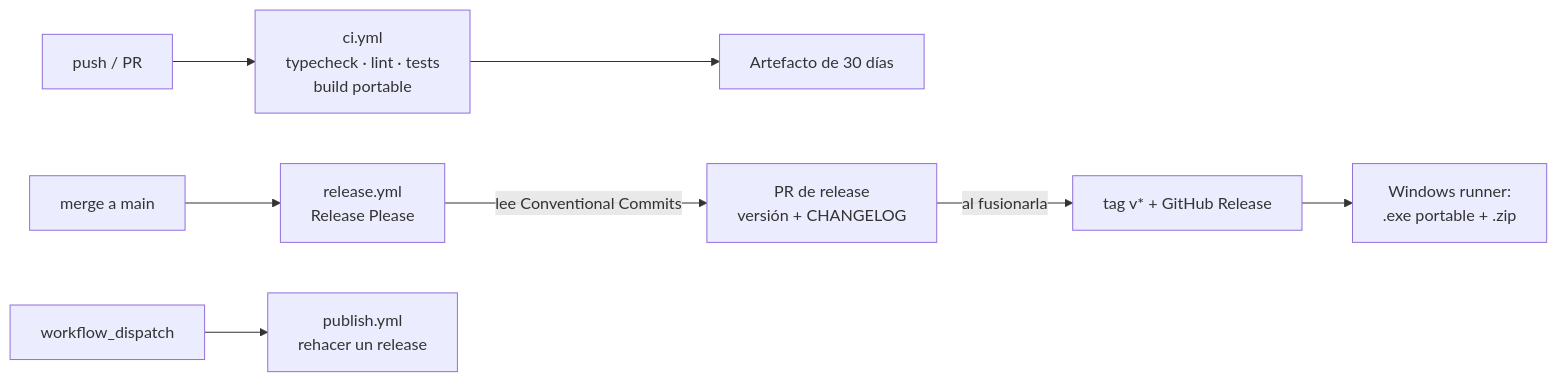
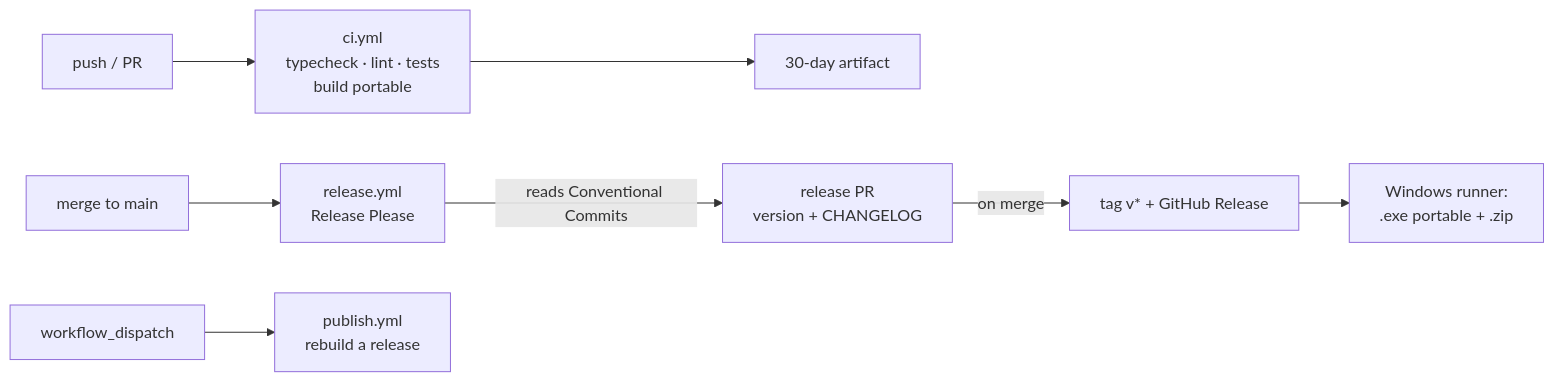
Before and after one commit to cflarios/Tayori: the seventh of 7 diagrams in ARCHITECTURE.md, drawn with Mermaid. The commit also changed other lines of this file and 2 other files, not shown here.

First line of the commit message:
docs: translate ARCHITECTURE.md to English

````diff
--- a/ARCHITECTURE.md
+++ b/ARCHITECTURE.md
@@ -412,12 +415,12 @@
 ```mermaid
 flowchart LR
     PUSH["push / PR"] --> CI["ci.yml<br/>typecheck · lint · tests<br/>build portable"]
-    CI --> ART["Artefacto de 30 días"]
+    CI --> ART["30-day artifact"]
 
-    MAIN["merge a main"] --> RP["release.yml<br/>Release Please"]
-    RP -- "lee Conventional Commits" --> PR["PR de release<br/>versión + CHANGELOG"]
-    PR -- "al fusionarla" --> TAG["tag v* + GitHub Release"]
+    MAIN["merge to main"] --> RP["release.yml<br/>Release Please"]
+    RP -- "reads Conventional Commits" --> PR["release PR<br/>version + CHANGELOG"]
+    PR -- "on merge" --> TAG["tag v* + GitHub Release"]
     TAG --> ASSETS["Windows runner:<br/>.exe portable + .zip"]
 
-    MANUAL["workflow_dispatch"] --> PUB["publish.yml<br/>rehacer un release"]
+    MANUAL["workflow_dispatch"] --> PUB["publish.yml<br/>rebuild a release"]
 ```
````
